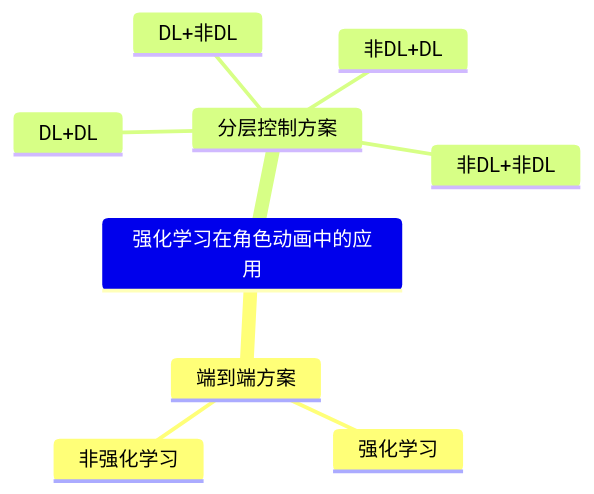
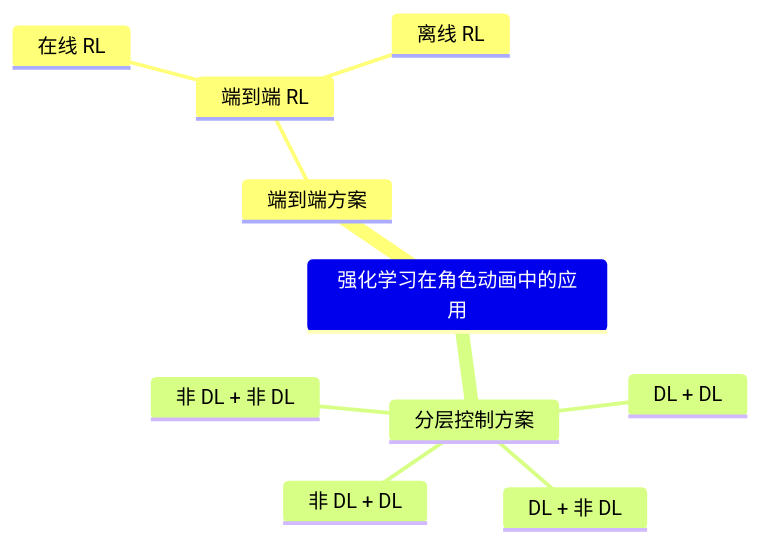
The diagram in src/ReinforcementLearning.md (CaterpillarStudyGroup/GAMES105_mdbook), drawn with Mermaid before and after one commit. The commit also changed other lines of this file, not shown here.

````diff
--- a/src/ReinforcementLearning.md
+++ b/src/ReinforcementLearning.md
@@ -30,12 +30,13 @@
 ```mermaid
 mindmap
 强化学习在角色动画中的应用
     端到端方案
-        强化学习
-        非强化学习
+        端到端 RL
+            在线 RL
+            离线 RL
     分层控制方案
-        DL+DL
-        DL+非DL
-        非DL+DL
-        非DL+非DL
+        DL + DL
+        DL + 非 DL
+        非 DL + DL
+        非 DL + 非 DL
 ```
````
